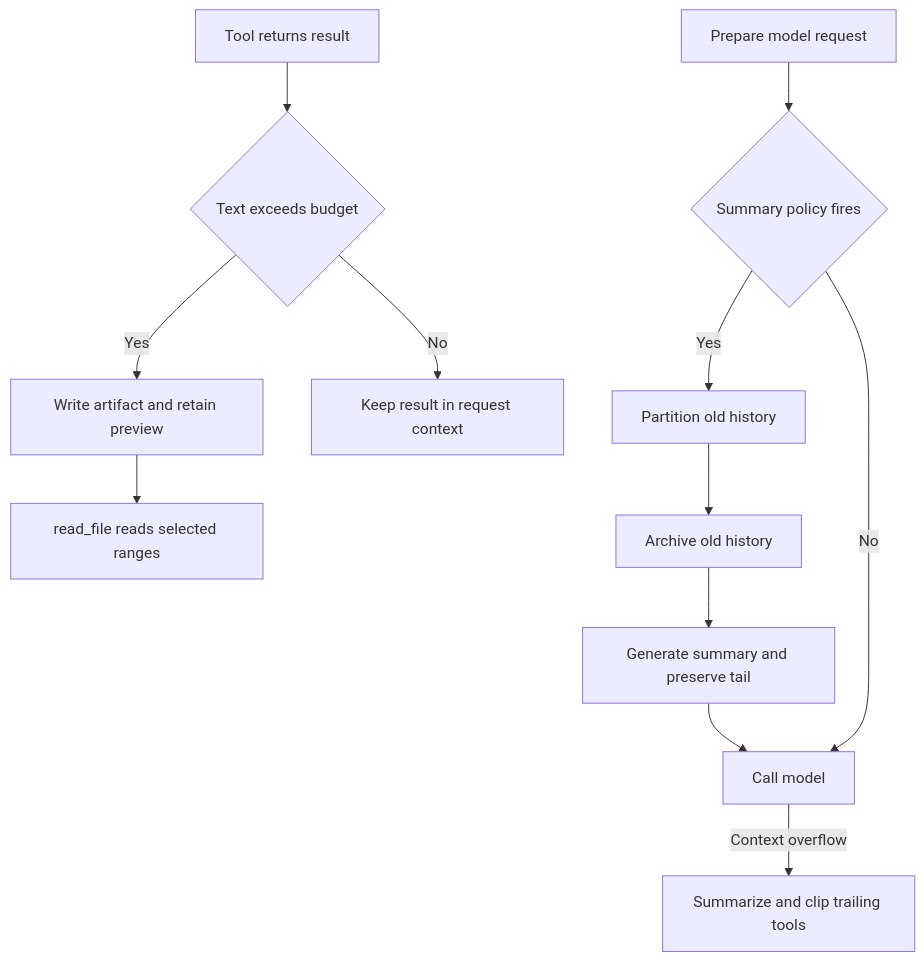
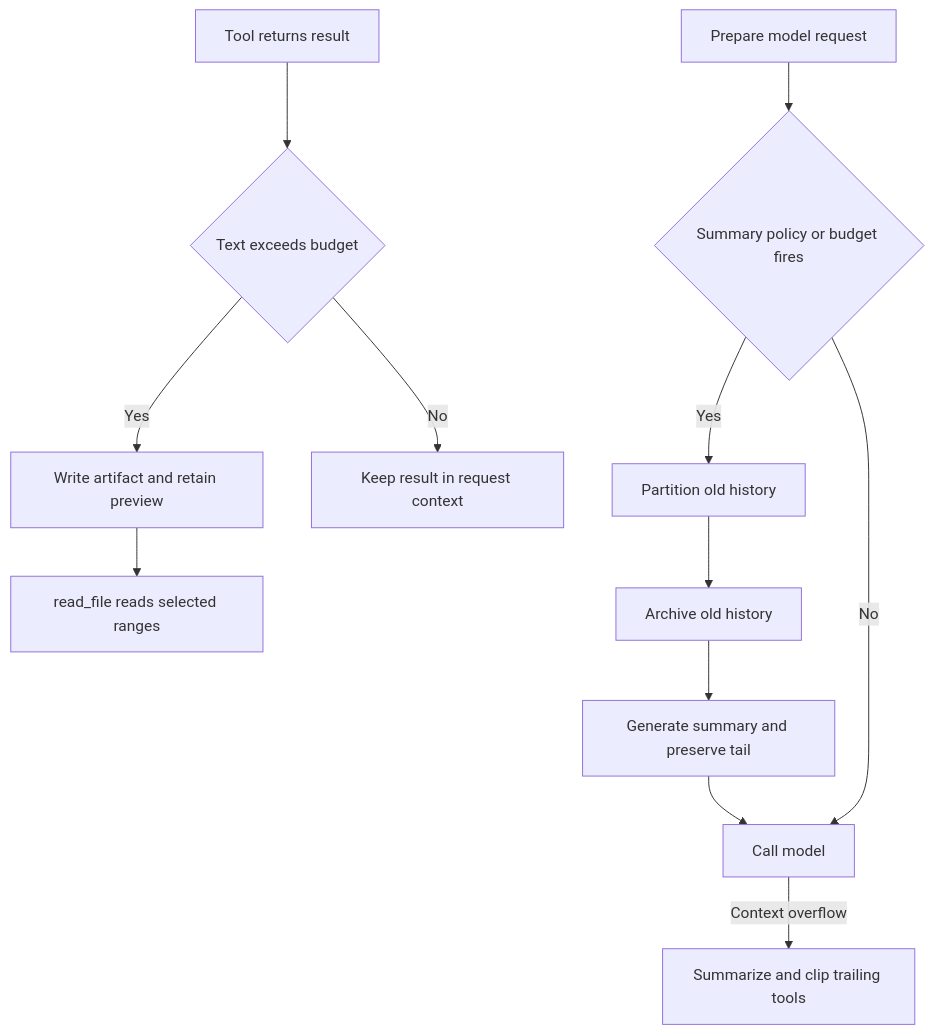
The first of 2 diagrams in openwiki/concepts/context-management.md (langchain-ai/deepagents), drawn with Mermaid before and after one commit. The commit also changed other lines of this file and 62 other files, not shown here.

````diff
--- a/openwiki/concepts/context-management.md
+++ b/openwiki/concepts/context-management.md
@@ -45,14 +45,14 @@
 ```mermaid
 flowchart TD
     Tool["Tool returns result"] --> Oversize{"Text exceeds budget"}
     Oversize -->|Yes| Evict["Write artifact and retain preview"]
     Oversize -->|No| Keep["Keep result in request context"]
-    Request["Prepare model request"] --> Trigger{"Summary policy fires"}
+    Request["Prepare model request"] --> Trigger{"Summary policy or budget fires"}
     Trigger -->|Yes| Plan["Partition old history"]
     Trigger -->|No| Call["Call model"]
     Plan --> Archive["Archive old history"]
     Archive --> Summary["Generate summary and preserve tail"]
     Summary --> Call
     Call -->|Context overflow| Recover["Summarize and clip trailing tools"]
     Evict --> Read["read_file reads selected ranges"]
 ```
````
